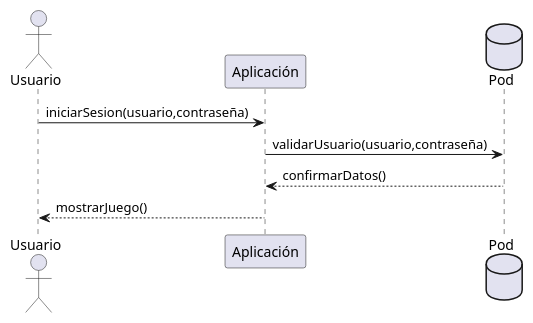
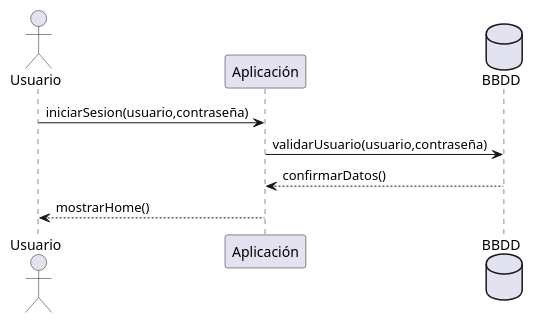
One commit to Arquisoft/wiq_es2a changed the second of 4 diagrams in docs/src/06_runtime_view.adoc. Above: the diagram before and after it, drawn with PlantUML. The commit also changed other lines of this file, not shown here.

```diff
--- a/docs/src/06_runtime_view.adoc
+++ b/docs/src/06_runtime_view.adoc
@@ -57,10 +57,10 @@
 [plantuml,"Iniciar sesión",png]
 ----
 actor Usuario
 participant Aplicación
-database Pod as BBDD
+database BBDD
 Usuario-> Aplicación: iniciarSesion(usuario,contraseña)
 Aplicación-> BBDD: validarUsuario(usuario,contraseña)
 BBDD--> Aplicación: confirmarDatos()
-Aplicación--> Usuario: mostrarJuego()
+Aplicación--> Usuario: mostrarHome()
 ----
```
